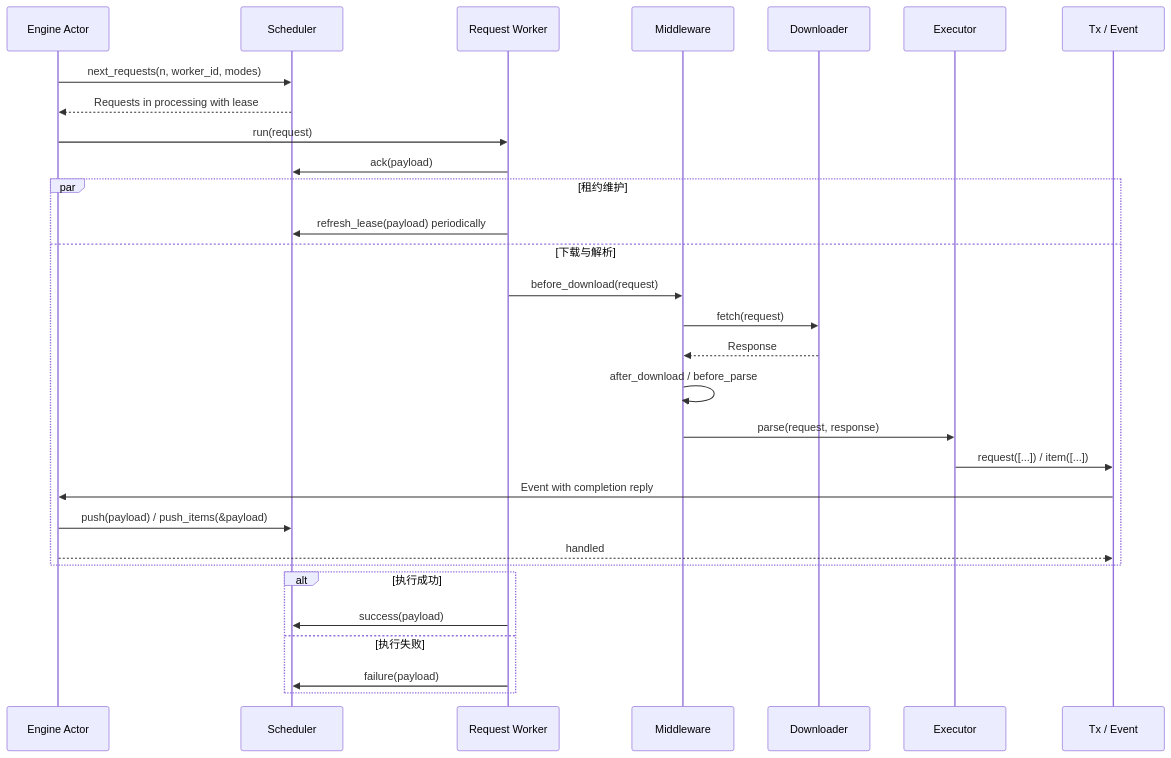
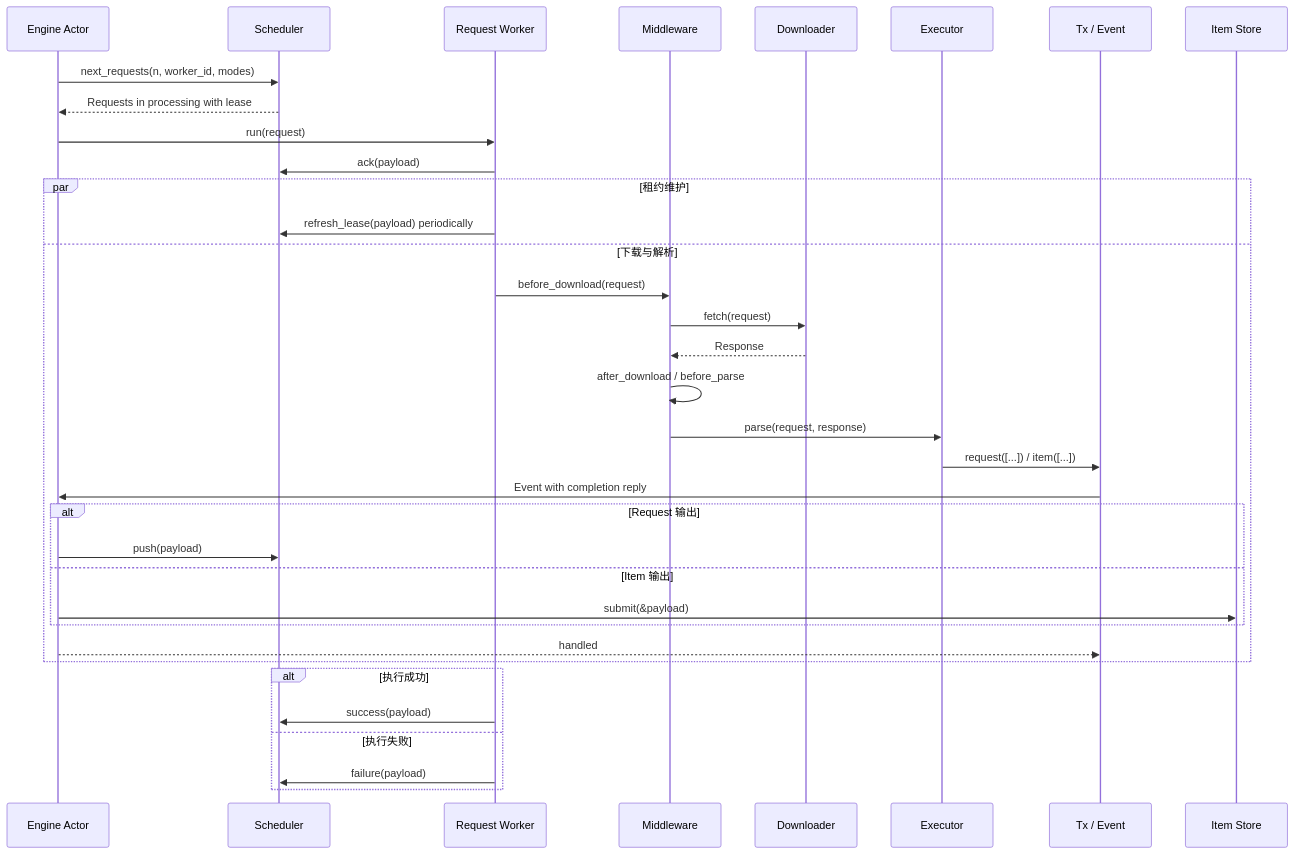
One commit to halo-space/crawler changed the fifth of 5 diagrams in docs/architecture.zh-CN.md. Above: the diagram before and after it, drawn with Mermaid. The commit also changed other lines of this file and 63 other files, not shown here.

Commit message:
refactor: separate item store from scheduler

````diff
--- a/docs/architecture.zh-CN.md
+++ b/docs/architecture.zh-CN.md
@@ -473,33 +473,38 @@
 ```mermaid
 sequenceDiagram
     participant A as Engine Actor
     participant S as Scheduler
     participant W as Request Worker
     participant M as Middleware
     participant D as Downloader
     participant E as Executor
     participant T as Tx / Event
+    participant I as Item Store
 
     A->>S: next_requests(n, worker_id, modes)
     S-->>A: Requests in processing with lease
     A->>W: run(request)
     W->>S: ack(payload)
     par 租约维护
         W->>S: refresh_lease(payload) periodically
     and 下载与解析
         W->>M: before_download(request)
         M->>D: fetch(request)
         D-->>M: Response
         M->>M: after_download / before_parse
         M->>E: parse(request, response)
         E->>T: request([...]) / item([...])
         T->>A: Event with completion reply
-        A->>S: push(payload) / push_items(&payload)
+        alt Request 输出
+            A->>S: push(payload)
+        else Item 输出
+            A->>I: submit(&payload)
+        end
         A-->>T: handled
     end
     alt 执行成功
         W->>S: success(payload)
     else 执行失败
         W->>S: failure(payload)
     end
 ```
````
